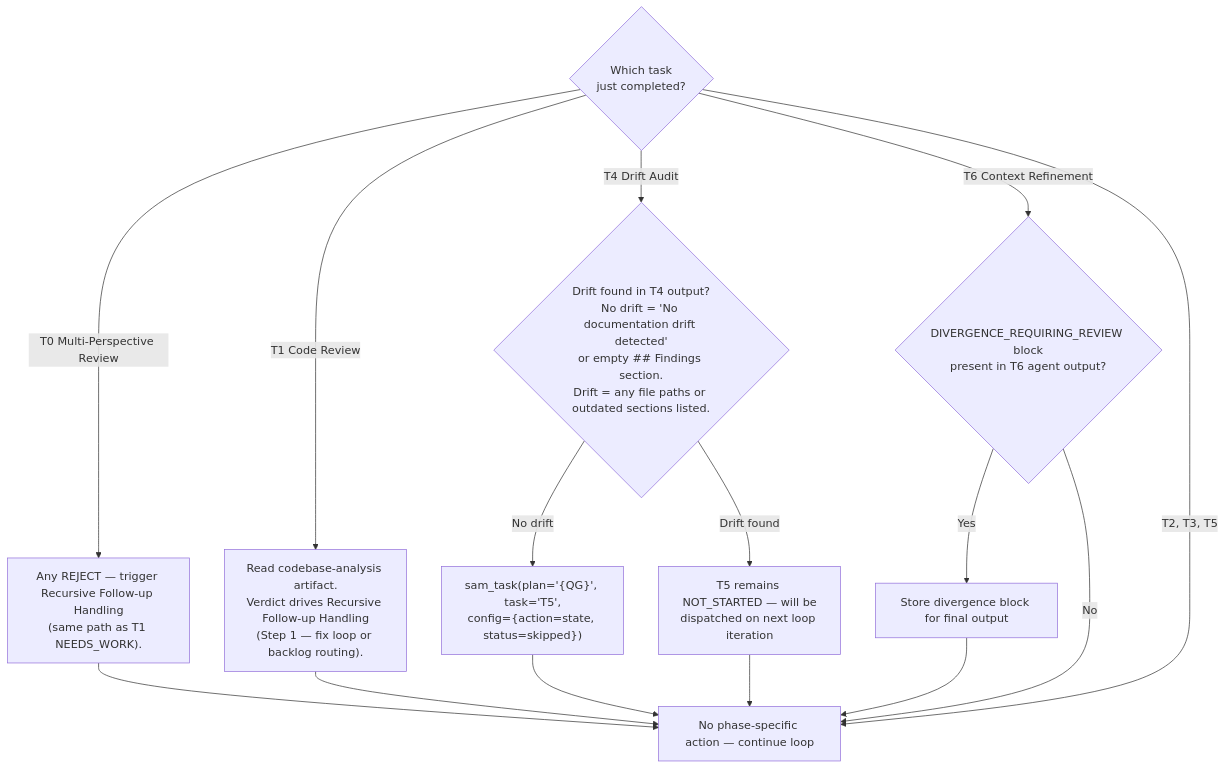
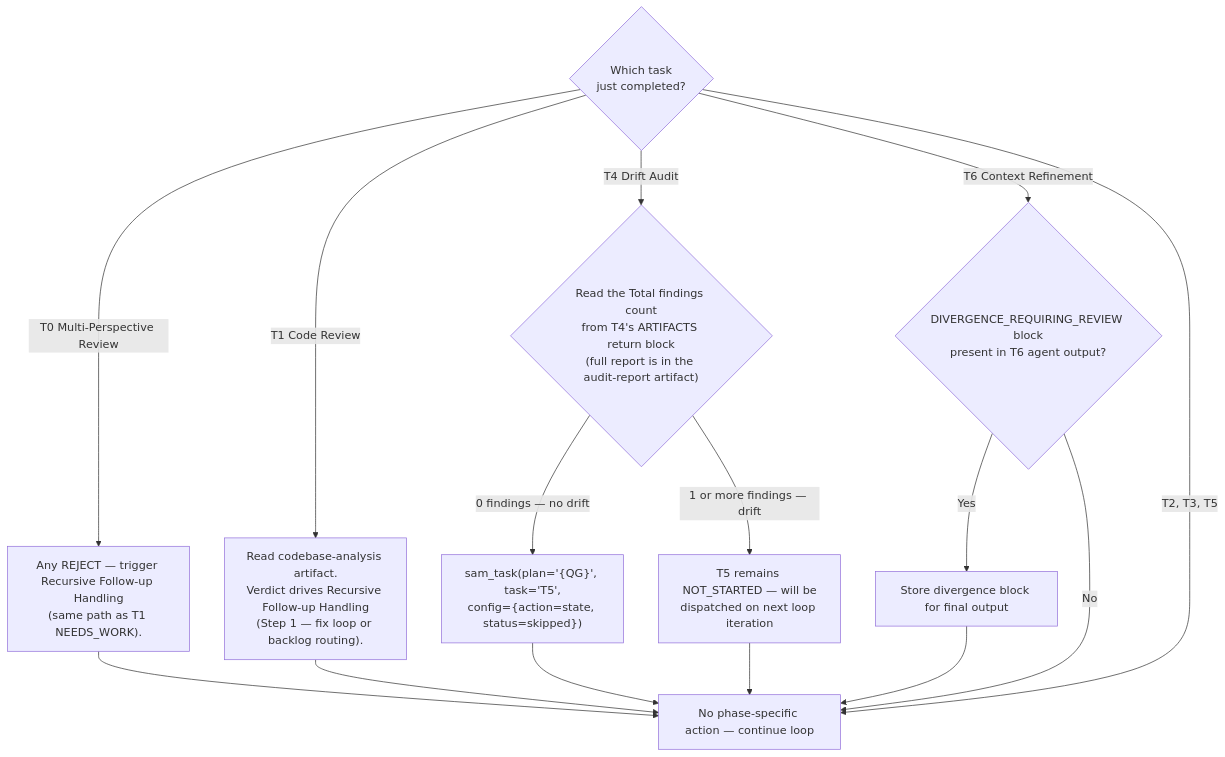
Before and after one commit to Jamie-BitFlight/claude_skills: the seventh of 8 diagrams in plugins/development-harness/skills/complete-implementation/SKILL.md, drawn with Mermaid. The commit also changed other lines of this file and 1 other file, not shown here.

First line of the commit message:
fix(complete-implementation): align T4 drift signal with doc-drift-auditor contract

````diff
--- a/plugins/development-harness/skills/complete-implementation/SKILL.md
+++ b/plugins/development-harness/skills/complete-implementation/SKILL.md
@@ -478,18 +478,18 @@
 ```mermaid
 flowchart TD
     Done{Which task<br>just completed?}
     Done -->|T0 Multi-Perspective Review| T0Post["Any REJECT — trigger Recursive Follow-up Handling<br>(same path as T1 NEEDS_WORK)."]
     Done -->|T1 Code Review| T1Post["Read codebase-analysis artifact.<br>Verdict drives Recursive Follow-up Handling<br>(Step 1 — fix loop or backlog routing)."]
-    Done -->|T4 Drift Audit| T4Post{"Drift found in T4 output?<br>No drift = 'No documentation drift detected'<br>or empty ## Findings section.<br>Drift = any file paths or outdated sections listed."}
-    T4Post -->|"No drift"| SkipT5["sam_task(plan='{QG}', task='T5',<br>config={action=state, status=skipped})"]
-    T4Post -->|"Drift found"| T5Ready["T5 remains NOT_STARTED — will be<br>dispatched on next loop iteration"]
+    Done -->|T4 Drift Audit| T4Post{"Read the Total findings count<br>from T4's ARTIFACTS return block<br>(full report is in the audit-report artifact)"}
+    T4Post -->|"0 findings — no drift"| SkipT5["sam_task(plan='{QG}', task='T5',<br>config={action=state, status=skipped})"]
+    T4Post -->|"1 or more findings — drift"| T5Ready["T5 remains NOT_STARTED — will be<br>dispatched on next loop iteration"]
     Done -->|T6 Context Refinement| T6Post{"DIVERGENCE_REQUIRING_REVIEW block<br>present in T6 agent output?"}
     T6Post -->|"Yes"| StoreDiv["Store divergence block for final output"]
     T6Post -->|"No"| Continue["No phase-specific action — continue loop"]
     Done -->|"T2, T3, T5"| Continue
     T0Post --> Continue
     T1Post --> Continue
     SkipT5 --> Continue
     T5Ready --> Continue
     StoreDiv --> Continue
 ```
````
